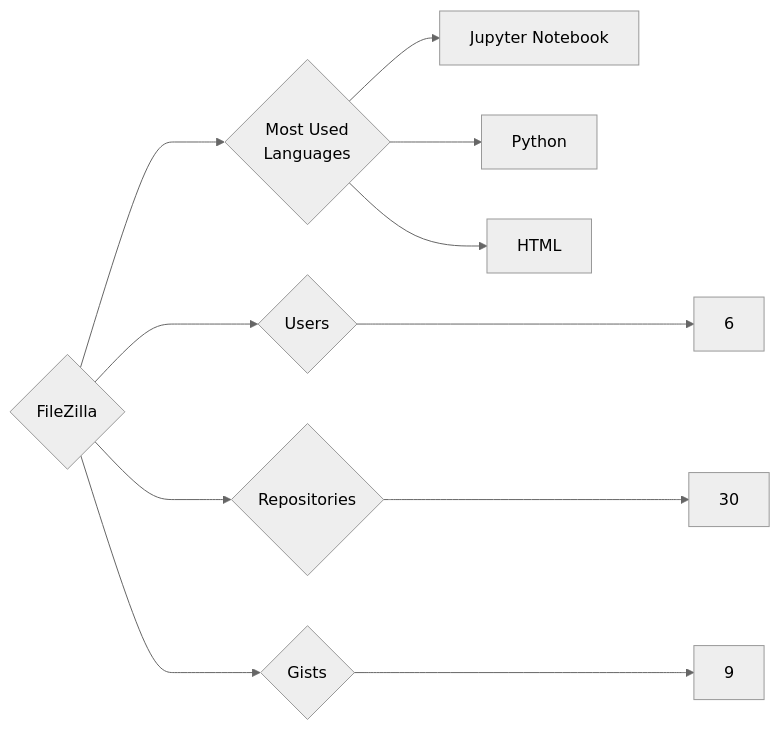
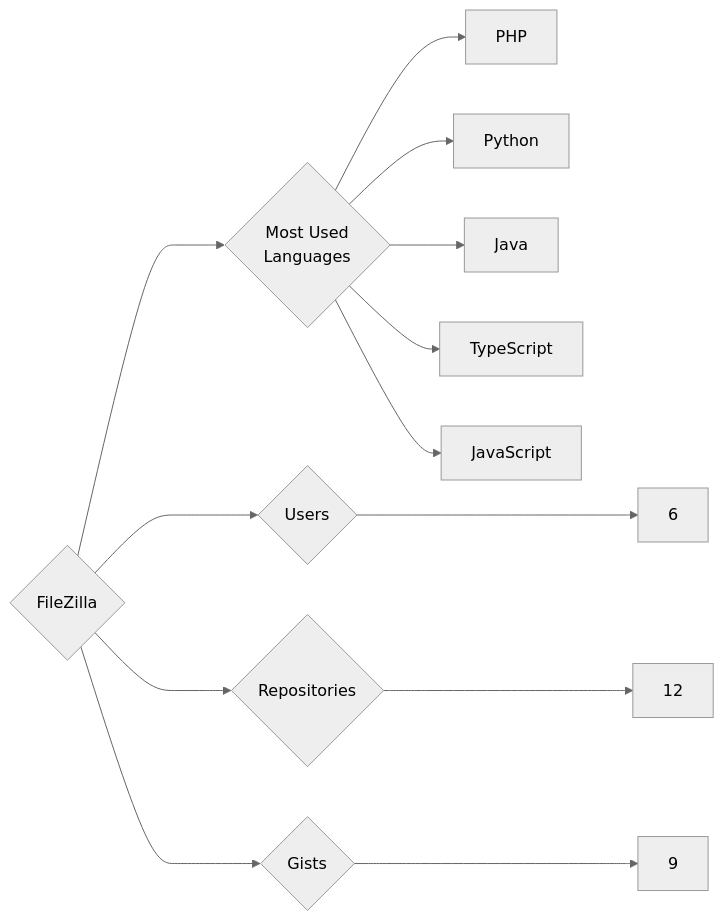
The diagram in targets/FileZilla/README.md (trickest/insiders), drawn with Mermaid (neutral theme) before and after one commit. The commit also changed 559 other files, not shown here.

````diff
--- a/targets/FileZilla/README.md
+++ b/targets/FileZilla/README.md
@@ -3,11 +3,13 @@
 ```mermaid
 graph LR
 COMPANY_NAME{FileZilla}
 COMPANY_NAME ---> U{Users} ---> UN[6]
-COMPANY_NAME ---> R{Repositories} ---> RN[30]
+COMPANY_NAME ---> R{Repositories} ---> RN[12]
 COMPANY_NAME ---> G{Gists} ---> GN[9]
 COMPANY_NAME ---> ML{Most Used<br>Languages}
-ML --> Jupyter_Notebook[Jupyter Notebook]
+ML --> PHP[PHP]
 ML --> Python[Python]
-ML --> HTML[HTML]
+ML --> Java[Java]
+ML --> TypeScript[TypeScript]
+ML --> JavaScript[JavaScript]
 ```
````
